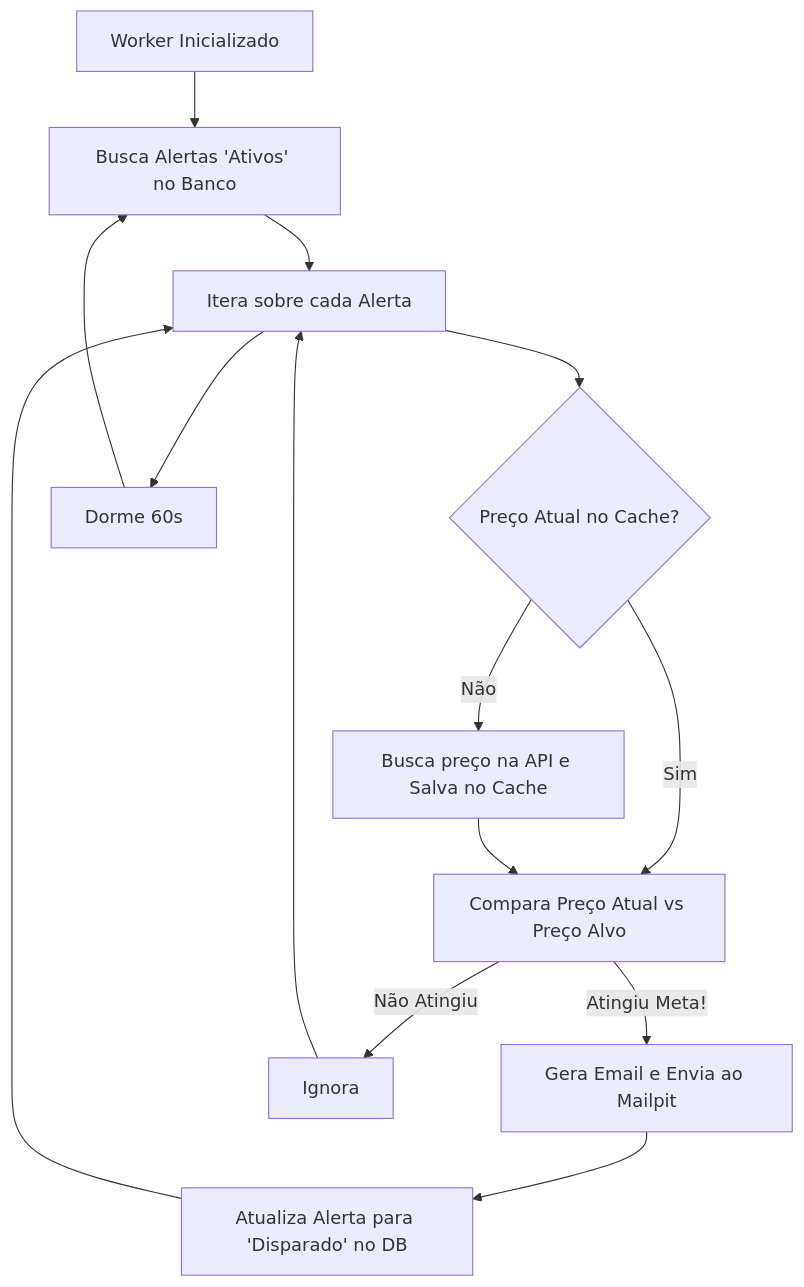
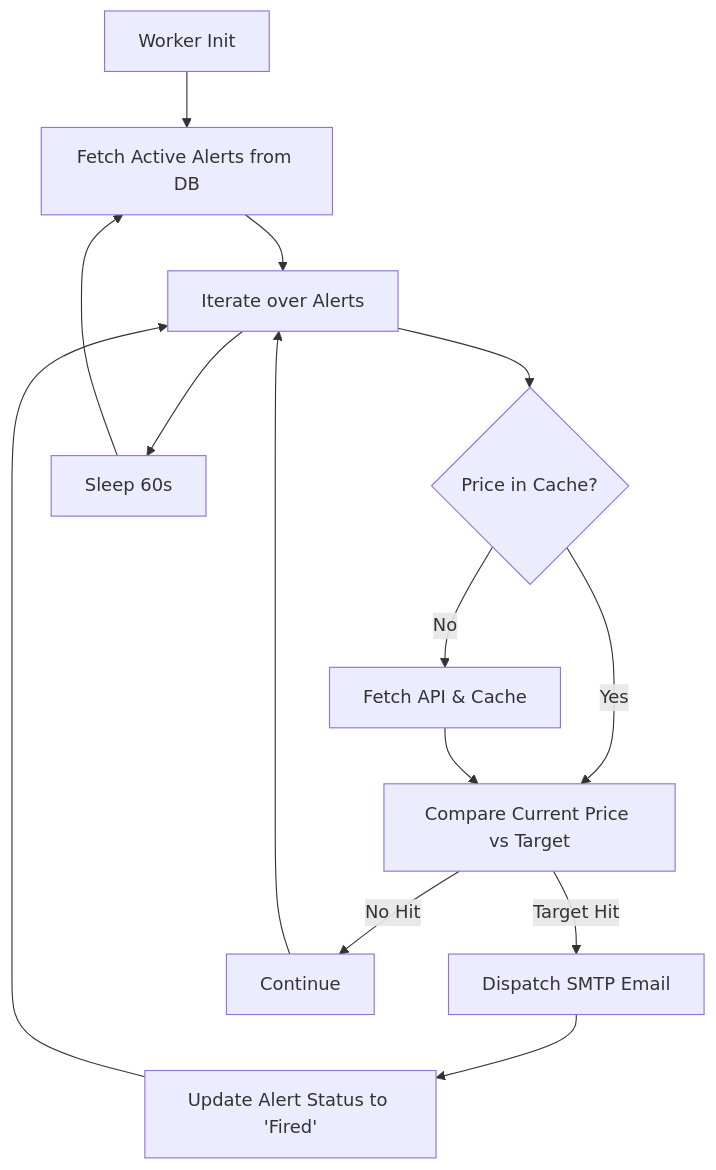
Before and after one commit to enakamura3/stock-pulse: the third of 6 diagrams in README.md, drawn with Mermaid. The commit also changed other lines of this file, not shown here.

````diff
--- a/README.md
+++ b/README.md
@@ -191,18 +151,18 @@
 ```mermaid
 flowchart TD
-    Start[Worker Inicializado] --> FetchAlerts[Busca Alertas 'Ativos' no Banco]
-    FetchAlerts --> Loop[Itera sobre cada Alerta]
-    Loop --> CheckCache{Preço Atual no Cache?}
+    Start[Worker Init] --> FetchAlerts[Fetch Active Alerts from DB]
+    FetchAlerts --> Loop[Iterate over Alerts]
+    Loop --> CheckCache{Price in Cache?}
     
-    CheckCache -- Sim --> Compare[Compara Preço Atual vs Preço Alvo]
-    CheckCache -- Não --> FetchAPI[Busca preço na API e Salva no Cache] --> Compare
+    CheckCache -- Yes --> Compare[Compare Current Price vs Target]
+    CheckCache -- No --> FetchAPI[Fetch API & Cache] --> Compare
     
-    Compare -- Atingiu Meta! --> Dispara[Gera Email e Envia ao Mailpit]
-    Compare -- Não Atingiu --> Skip[Ignora]
+    Compare -- Target Hit --> Dispara[Dispatch SMTP Email]
+    Compare -- No Hit --> Skip[Continue]
     
-    Dispara --> MarcaInativo[Atualiza Alerta para 'Disparado' no DB]
+    Dispara --> MarcaInativo[Update Alert Status to 'Fired']
     MarcaInativo --> Loop
     Skip --> Loop
     
-    Loop --> Sleep[Dorme 60s] --> FetchAlerts
+    Loop --> Sleep[Sleep 60s] --> FetchAlerts
 ```
````
